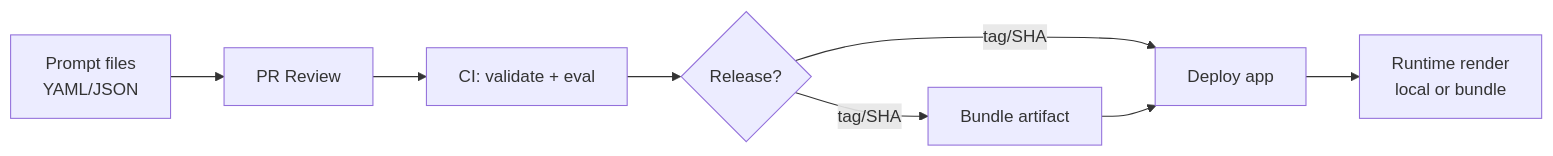
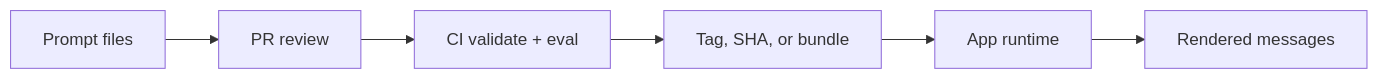
Before and after one commit to 05satyam/instruct_vault: the diagram in README.md, drawn with Mermaid. The commit also changed other lines of this file and 2 other files, not shown here.

````diff
--- a/README.md
+++ b/README.md
@@ -34,10 +90,8 @@
 ```mermaid
 flowchart LR
-  A[Prompt files<br/>YAML/JSON] --> B[PR Review]
-  B --> C[CI: validate + eval]
-  C --> D{Release?}
-  D -- tag/SHA --> E[Bundle artifact]
-  D -- tag/SHA --> F[Deploy app]
-  E --> F
-  F --> G[Runtime render<br/>local or bundle]
+  A[Prompt files] --> B[PR review]
+  B --> C[CI validate + eval]
+  C --> D[Tag, SHA, or bundle]
+  D --> E[App runtime]
+  E --> F[Rendered messages]
 ```
````
